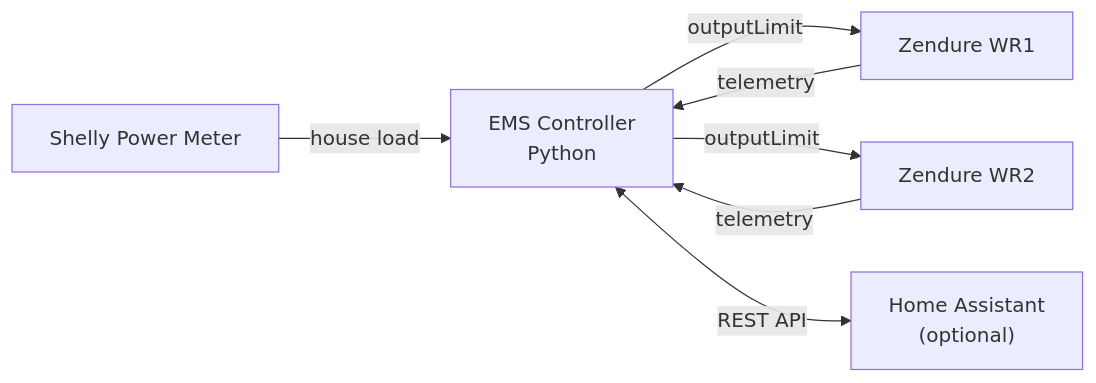
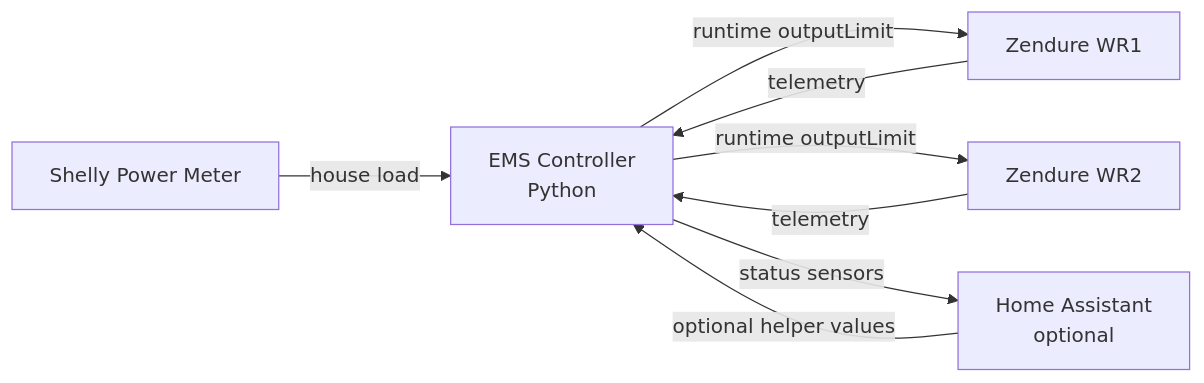
Before and after one commit to basecubedev/ems-solarflow-api-control: the first of 6 diagrams in README.md, drawn with Mermaid. The commit also changed other lines of this file and 3 other files, not shown here.

````diff
--- a/README.md
+++ b/README.md
@@ -43,19 +133,20 @@
 ```mermaid
 flowchart LR
 
     Shelly["Shelly Power Meter"]
     EMS["EMS Controller\nPython"]
     WR1["Zendure WR1"]
     WR2["Zendure WR2"]
-    HA["Home Assistant\n(optional)"]
+    HA["Home Assistant\noptional"]
 
     Shelly -->|house load| EMS
 
     WR1 -->|telemetry| EMS
     WR2 -->|telemetry| EMS
 
-    EMS -->|outputLimit| WR1
-    EMS -->|outputLimit| WR2
+    EMS -->|runtime outputLimit| WR1
+    EMS -->|runtime outputLimit| WR2
 
-    EMS <-->|REST API| HA
+    EMS -->|status sensors| HA
+    HA -->|optional helper values| EMS
 ```
````
